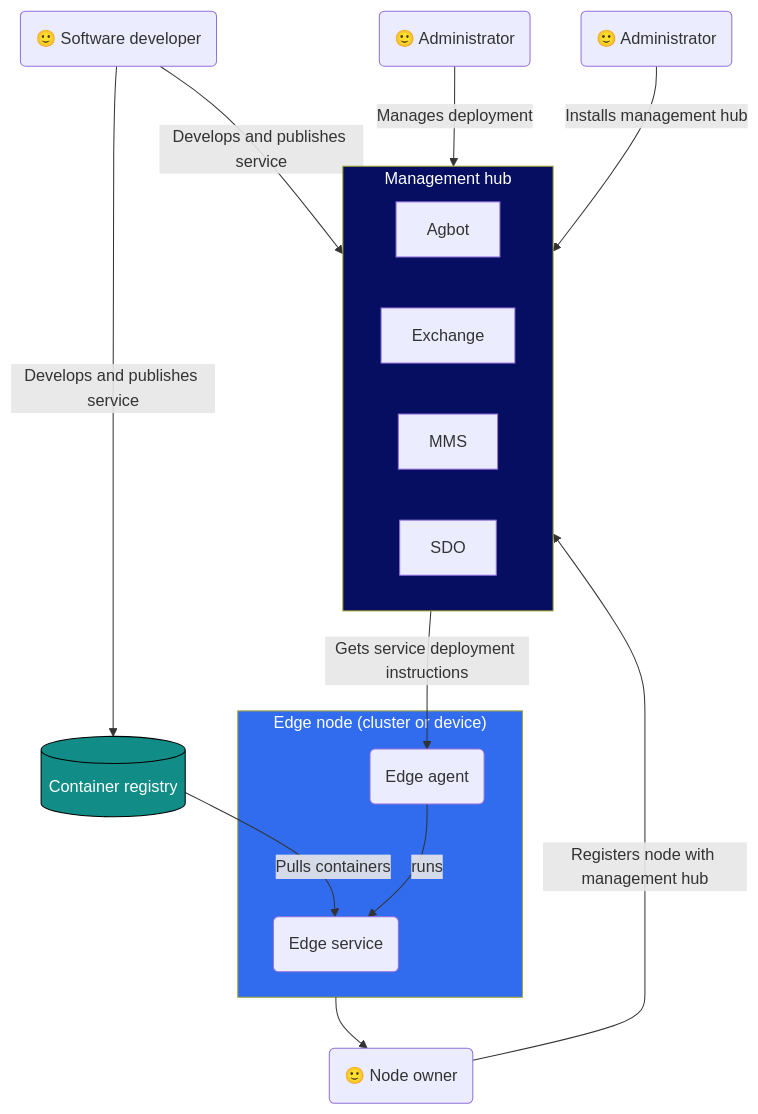
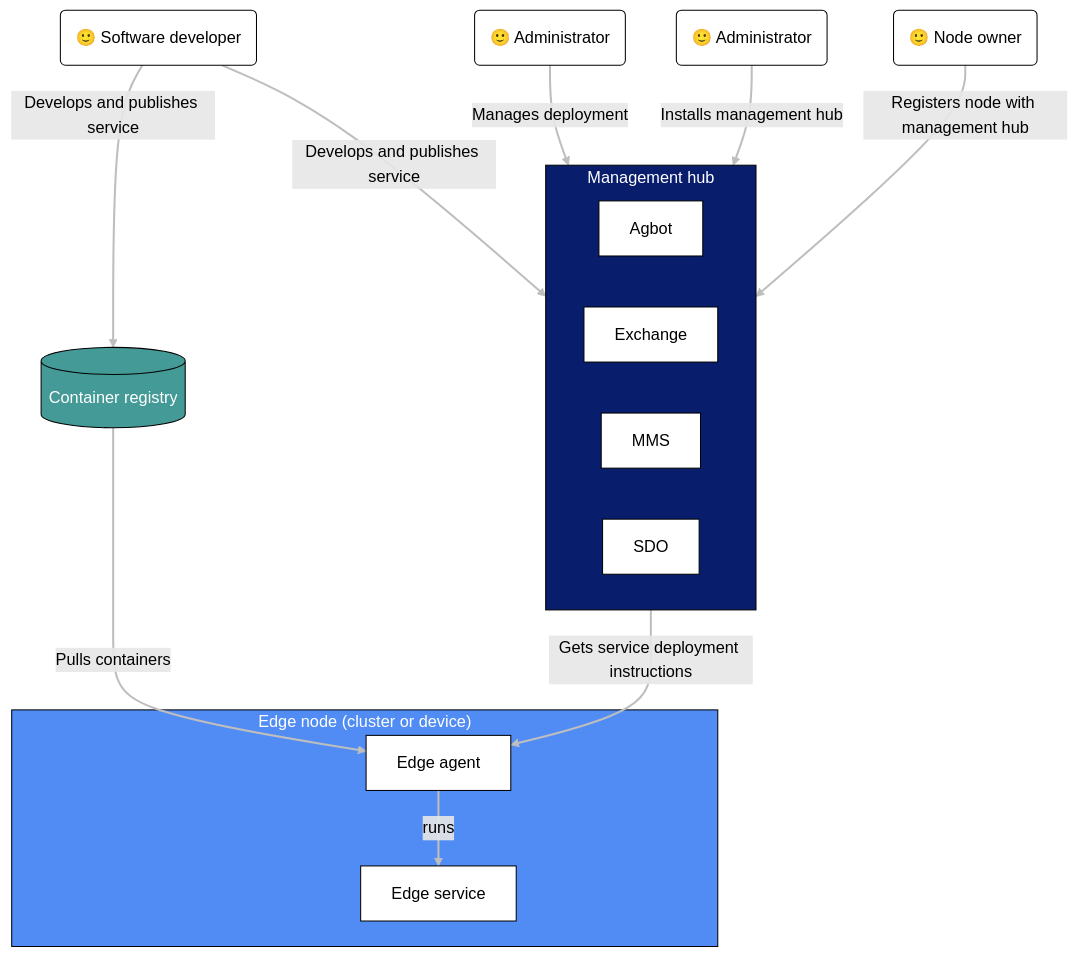
One commit to open-horizon/open-horizon.github.io changed the diagram in docs/getting_started/overview_oh.md. Above: the diagram before and after it, drawn with Mermaid.

Commit message:
testing Glen mermaid diagram

```diff
--- a/docs/getting_started/overview_oh.md
+++ b/docs/getting_started/overview_oh.md
@@ -39,26 +39,40 @@
 <div class="mermaid">
 flowchart TD
-    cr -- Pulls containers --> es
+    cr -- Pulls containers --> ea
     mh -- Gets service deployment instructions --> ea
-    en --> no -- Registers node with management hub --> mh
     sd -- Develops and publishes service --> mh & cr
     ad -- Manages deployment --> mh
     am -- Installs management hub --> mh
+    no -- Registers node with management hub --> mh
+    classDef people fill:#fff,stroke:#000,color:#000;
     cr[(Container registry)]
     no("#128578; Node owner")
+    class no people
     ad("#128578; Administrator")
+    class ad people
     am("#128578; Administrator")
+    class am people
     sd("#128578; Software developer")
+    class sd people
+    classDef box fill:#fff,stroke:#000,color:#000;
     subgraph en["Edge node (cluster or device)"]
-        ea(Edge agent) -- runs --> es(Edge service)
+       ea[Edge agent] -- runs --> es[Edge service]
+       class ea box
+       class es box
     end
     subgraph mh[Management hub]
         a[Agbot]
+        class a box
         e[Exchange]
+        class e box
         m[MMS]
+        class m box
         s[SDO]
+        class s box
     end
-    style cr color:#fff,fill:#128C86,stroke:#000
-    style en fill:#316CEE,color:#fff
-    style mh fill:#060E61,color:#fff
+    linkStyle default fill:none,color:#000,stroke-width:2px,stroke:#bebebe
+    style sd fill:#fff,stroke:#000,color:#000
+    style cr fill:#449a97,stroke:#000,color:#fff
+    style en fill:#518cf4,stroke:#000,color:#fff
+    style mh fill:#081e6d,stroke:#000,color:#fff
 </div>
```
